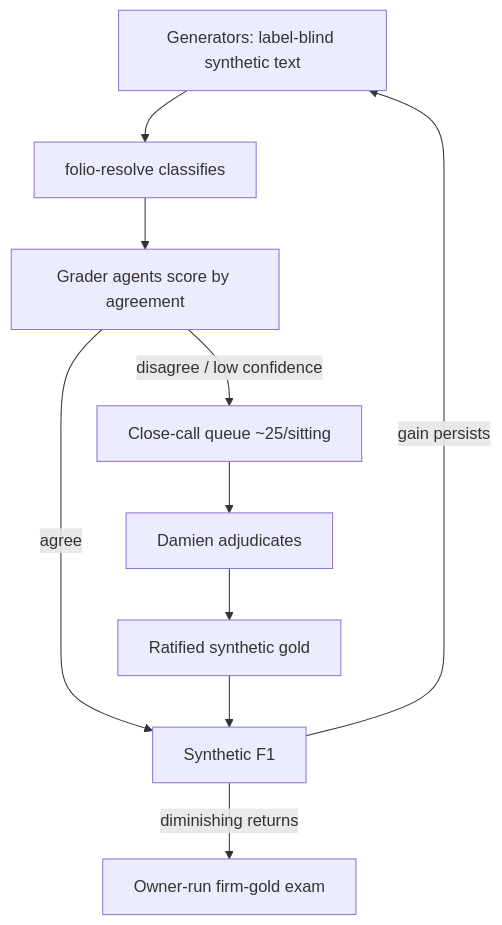
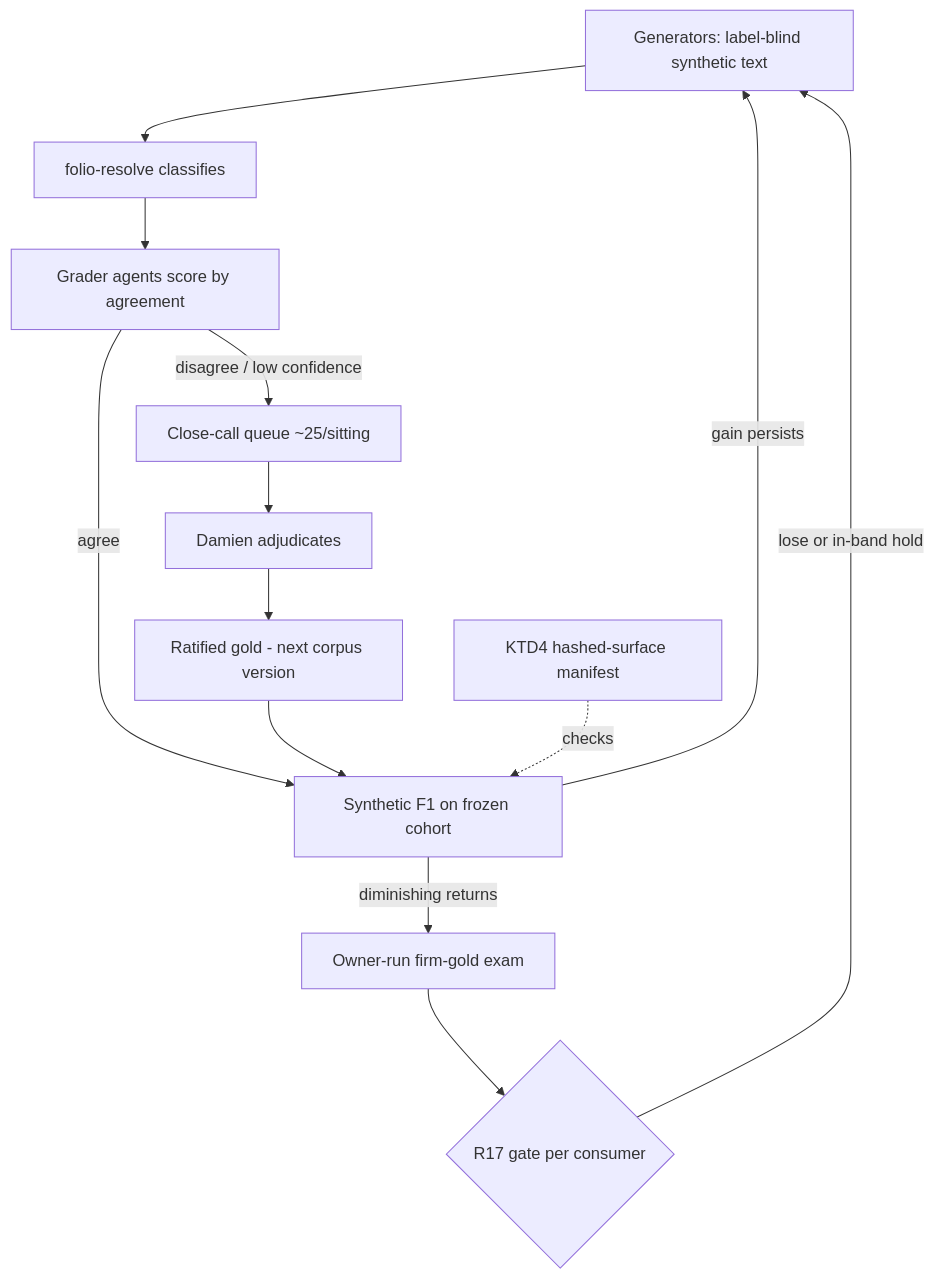
The first of 2 diagrams in docs/plans/2026-08-16-001-feat-synthetic-benchmark-f1-campaign-plan.md (damienriehl/folio-resolve), drawn with Mermaid before and after one commit. The commit also changed other lines of this file, not shown here.

First line of the commit message:
docs(plan): apply the 8-reviewer verdicts — leak gate hardened, comparison made honest

````diff
--- a/docs/plans/2026-08-16-001-feat-synthetic-benchmark-f1-campaign-plan.md
+++ b/docs/plans/2026-08-16-001-feat-synthetic-benchmark-f1-campaign-plan.md
@@ -98,12 +99,15 @@
 ```mermaid
 flowchart TB
   G[Generators: label-blind synthetic text] --> C[folio-resolve classifies]
   C --> J[Grader agents score by agreement]
-  J -->|agree| S[Synthetic F1]
+  J -->|agree| S[Synthetic F1 on frozen cohort]
   J -->|disagree / low confidence| Q[Close-call queue ~25/sitting]
   Q --> D[Damien adjudicates]
-  D --> RG[Ratified synthetic gold]
+  D --> RG[Ratified gold - next corpus version]
   RG --> S
   S -->|gain persists| G
   S -->|diminishing returns| E[Owner-run firm-gold exam]
+  E --> G17{R17 gate per consumer}
+  G17 -->|lose or in-band hold| G
+  M[KTD4 hashed-surface manifest] -.checks.-> S
 ```
````
